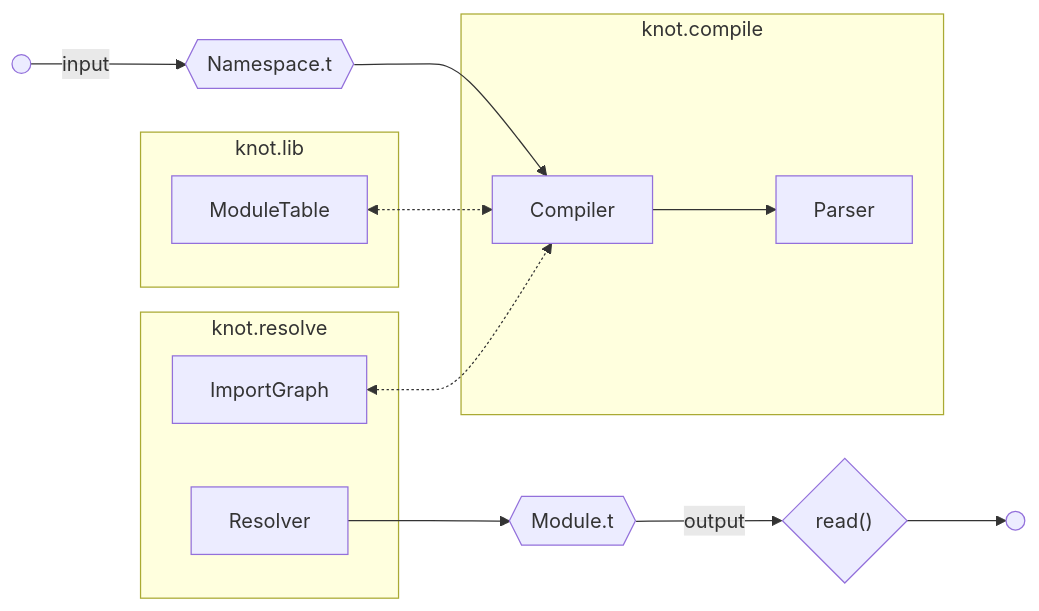
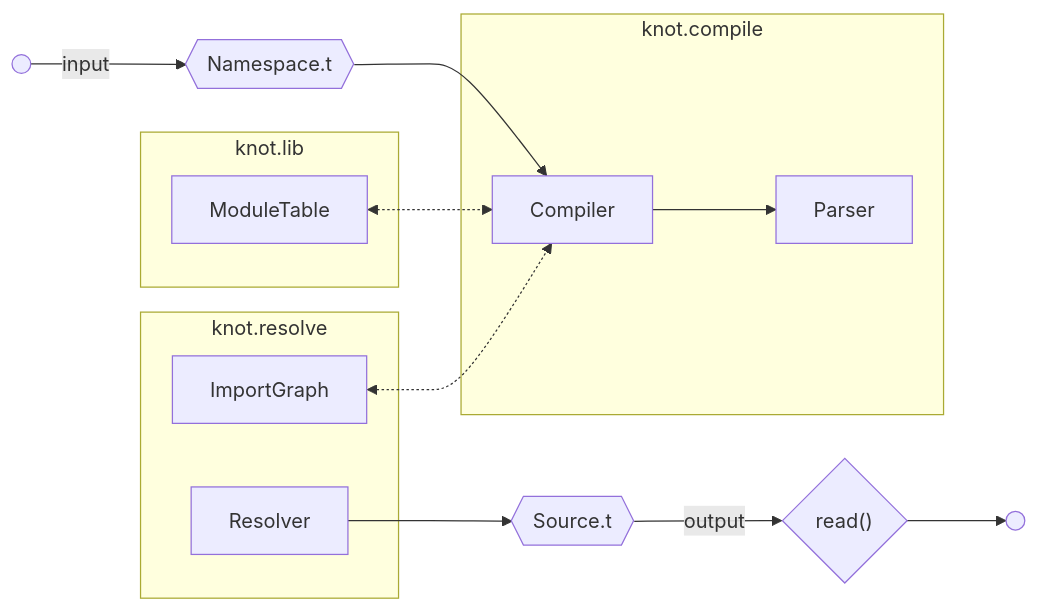
Before and after one commit to effervescentia/knot: the diagram in compiler/src/resolve/doc/architecture.mmd, drawn with Mermaid. The commit also changed 21 other files, not shown here.

Commit message:
refactor: rename Module -> Source

```diff
--- a/compiler/src/resolve/doc/architecture.mmd
+++ b/compiler/src/resolve/doc/architecture.mmd
@@ -1,28 +1,28 @@
 flowchart LR
   in(( ))
   out(( ))
   namespace{{Namespace.t}}
-  result{{Module.t}}
+  result{{Source.t}}
 
   subgraph knot.resolve
     ImportGraph
     Resolver
   end
 
   ImportGraph <-.-> Compiler
 
   subgraph knot.lib
     ModuleTable
   end
 
   ModuleTable <-.-> Compiler
 
   subgraph knot.compile
     Compiler
     Parser
 
     Compiler --> Parser
   end
 
   in --> |input| namespace --> Compiler
   Resolver --> result --> |output| read{"read()"} --> out
```
